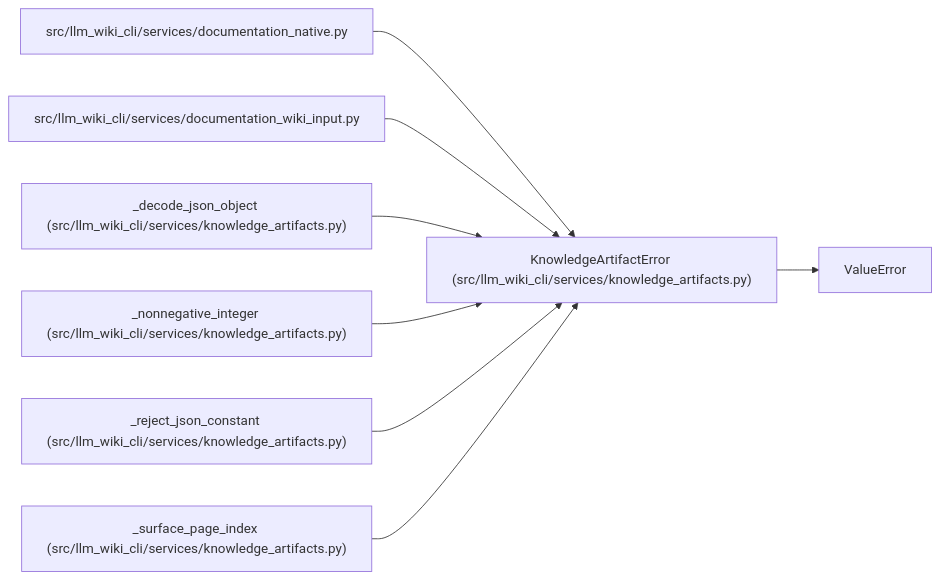
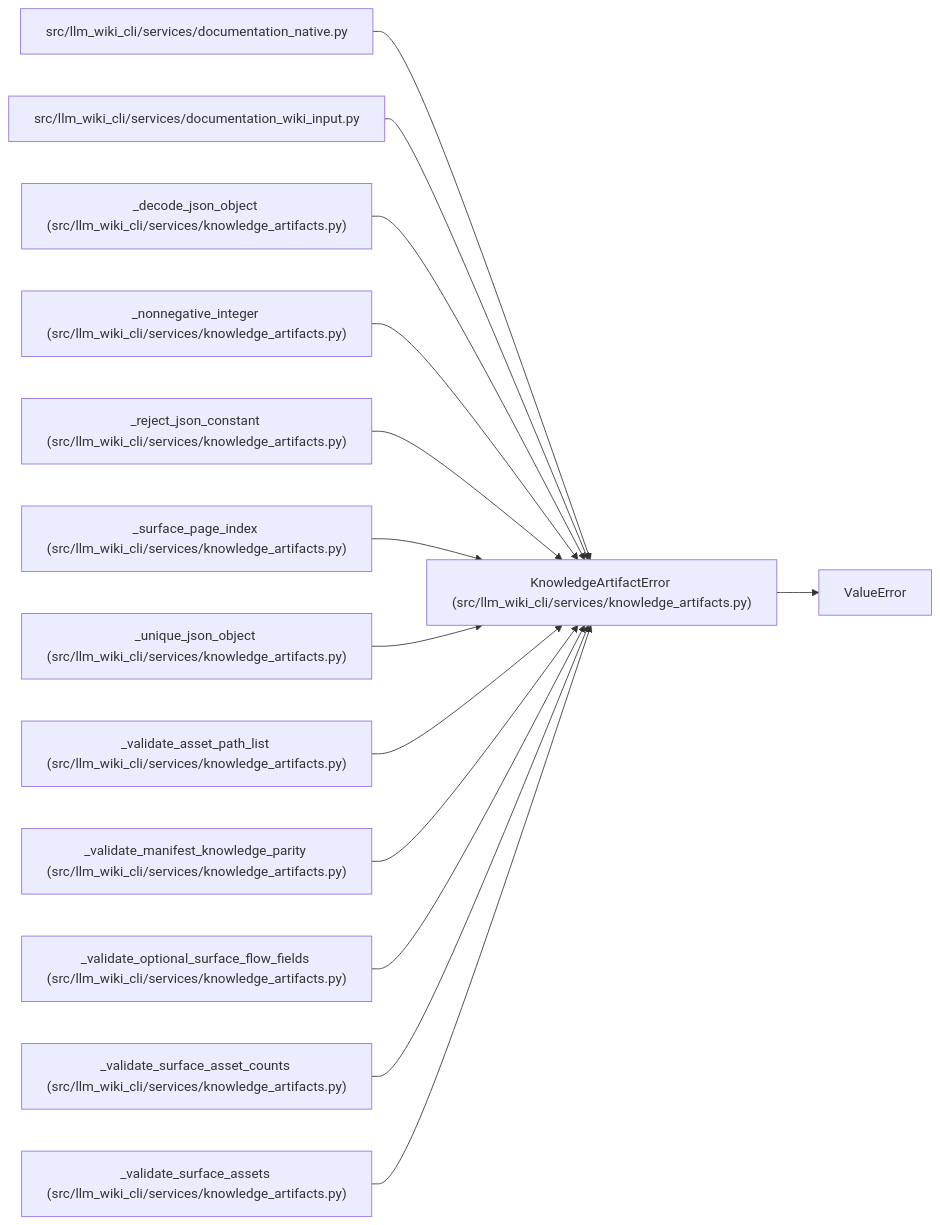
The diagram in docs/llm_wiki/entities/KnowledgeArtifactError.md (Denissvgn/python-wiki-llm), drawn with Mermaid before and after one commit. The commit also changed other lines of this file and 493 other files, not shown here.

````diff
--- a/docs/llm_wiki/entities/KnowledgeArtifactError.md
+++ b/docs/llm_wiki/entities/KnowledgeArtifactError.md
@@ -25,25 +25,43 @@
 ```mermaid
 flowchart LR
     n0["KnowledgeArtifactError (src/llm_wiki_cli/services/knowledge_artifacts.py)"]
     n1["ValueError"]
     n2["src/llm_wiki_cli/services/documentation_native.py"]
     n3["src/llm_wiki_cli/services/documentation_wiki_input.py"]
     n4["_decode_json_object (src/llm_wiki_cli/services/knowledge_artifacts.py)"]
     n5["_nonnegative_integer (src/llm_wiki_cli/services/knowledge_artifacts.py)"]
     n6["_reject_json_constant (src/llm_wiki_cli/services/knowledge_artifacts.py)"]
     n7["_surface_page_index (src/llm_wiki_cli/services/knowledge_artifacts.py)"]
+    n8["_unique_json_object (src/llm_wiki_cli/services/knowledge_artifacts.py)"]
+    n9["_validate_asset_path_list (src/llm_wiki_cli/services/knowledge_artifacts.py)"]
+    n10["_validate_manifest_knowledge_parity (src/llm_wiki_cli/services/knowledge_artifacts.py)"]
+    n11["_validate_optional_surface_flow_fields (src/llm_wiki_cli/services/knowledge_artifacts.py)"]
+    n12["_validate_surface_asset_counts (src/llm_wiki_cli/services/knowledge_artifacts.py)"]
+    n13["_validate_surface_assets (src/llm_wiki_cli/services/knowledge_artifacts.py)"]
     n0 --> n1
     n2 --> n0
     n3 --> n0
     n4 --> n0
     n5 --> n0
     n6 --> n0
     n7 --> n0
+    n8 --> n0
+    n9 --> n0
+    n10 --> n0
+    n11 --> n0
+    n12 --> n0
+    n13 --> n0
     click n0 "../modules/knowledge_artifacts.md"
     click n2 "../modules/documentation_native.md"
     click n3 "../modules/documentation_wiki_input.md"
     click n4 "../modules/knowledge_artifacts.md"
     click n5 "../modules/knowledge_artifacts.md"
     click n6 "../modules/knowledge_artifacts.md"
     click n7 "../modules/knowledge_artifacts.md"
+    click n8 "../modules/knowledge_artifacts.md"
+    click n9 "../modules/knowledge_artifacts.md"
+    click n10 "../modules/knowledge_artifacts.md"
+    click n11 "../modules/knowledge_artifacts.md"
+    click n12 "../modules/knowledge_artifacts.md"
+    click n13 "../modules/knowledge_artifacts.md"
 ```
````
